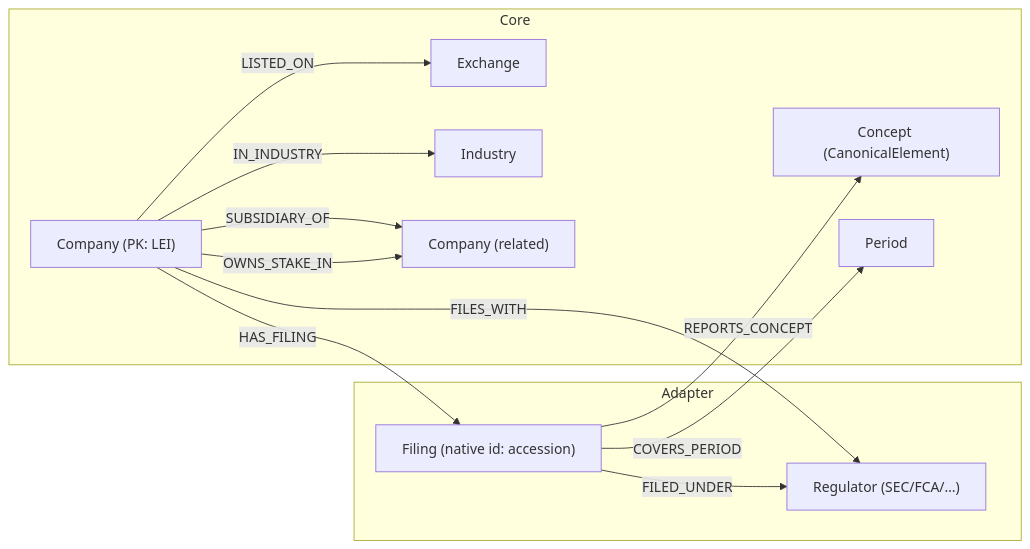
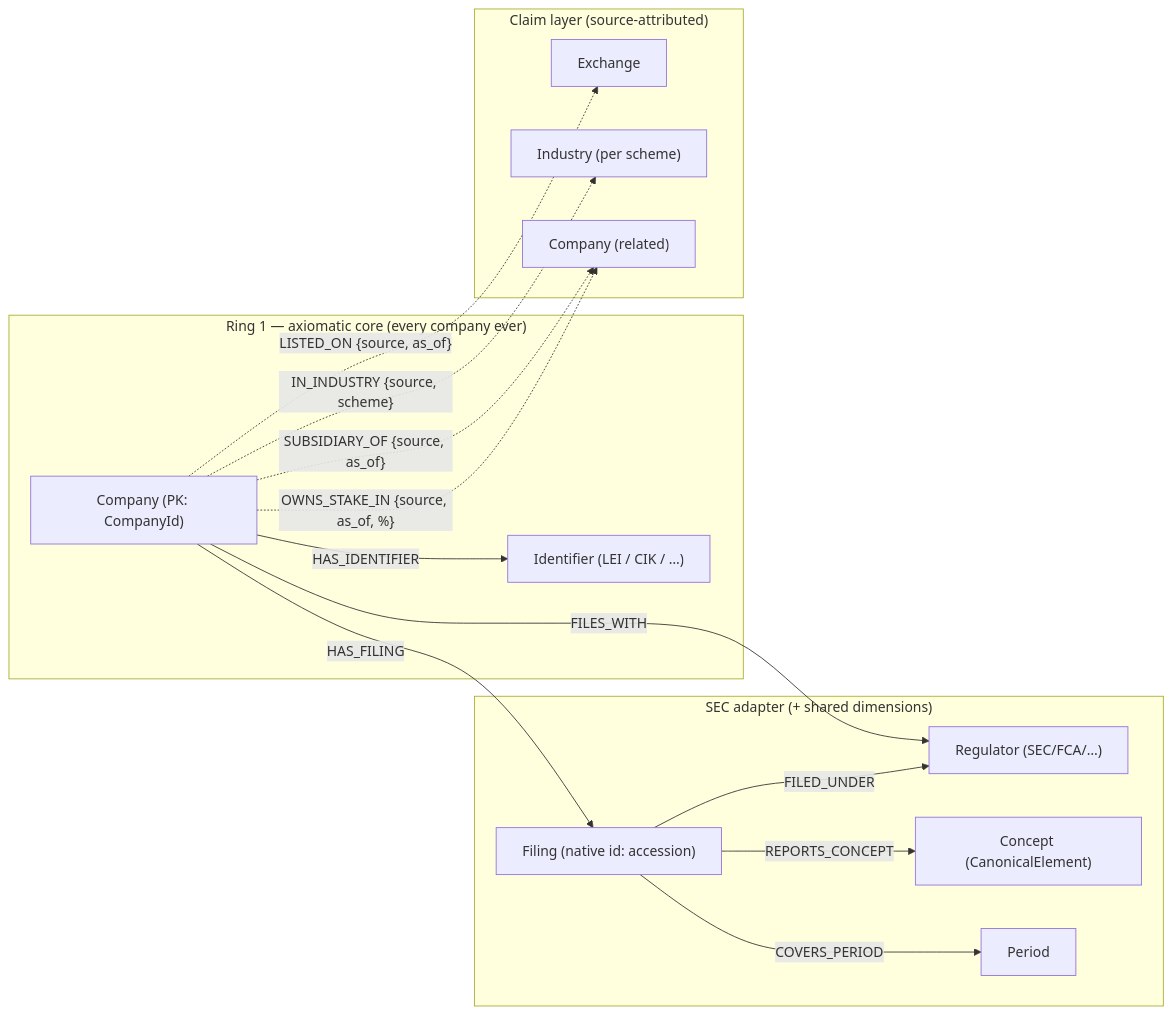
One commit to ironcapitaleu/arkad changed the second of 4 diagrams in sec/design/data_model/hybrid_data_model.md. Above: the diagram before and after it, drawn with Mermaid. The commit also changed other lines of this file and 1 other file, not shown here.

First line of the commit message:
docs(design): rework data model per PR #124 review — axiomatic core, claims, identity

````diff
--- a/sec/design/data_model/hybrid_data_model.md
+++ b/sec/design/data_model/hybrid_data_model.md
@@ -193,24 +277,28 @@
 ```mermaid
 graph LR
-  subgraph Core
-    C["Company (PK: LEI)"]
+  subgraph CoreAx["Ring 1 — axiomatic core (every company ever)"]
+    C["Company (PK: CompanyId)"]
+    ID["Identifier (LEI / CIK / …)"]
+  end
+  subgraph Adapter["SEC adapter (+ shared dimensions)"]
+    R["Regulator (SEC/FCA/…)"]
+    F["Filing (native id: accession)"]
     K["Concept (CanonicalElement)"]
     P["Period"]
+  end
+  subgraph Claims["Claim layer (source-attributed)"]
     E["Exchange"]
-    I["Industry"]
+    I["Industry (per scheme)"]
     C2["Company (related)"]
   end
-  subgraph Adapter
-    R["Regulator (SEC/FCA/…)"]
-    F["Filing (native id: accession)"]
-  end
+  C -- HAS_IDENTIFIER --> ID
   C -- HAS_FILING --> F
   C -- FILES_WITH --> R
   F -- FILED_UNDER --> R
   F -- COVERS_PERIOD --> P
   F -- REPORTS_CONCEPT --> K
-  C -- LISTED_ON --> E
-  C -- IN_INDUSTRY --> I
-  C -- SUBSIDIARY_OF --> C2
-  C -- OWNS_STAKE_IN --> C2
+  C -. "LISTED_ON {source, as_of}" .-> E
+  C -. "IN_INDUSTRY {source, scheme}" .-> I
+  C -. "SUBSIDIARY_OF {source, as_of}" .-> C2
+  C -. "OWNS_STAKE_IN {source, as_of, %}" .-> C2
 ```
````
